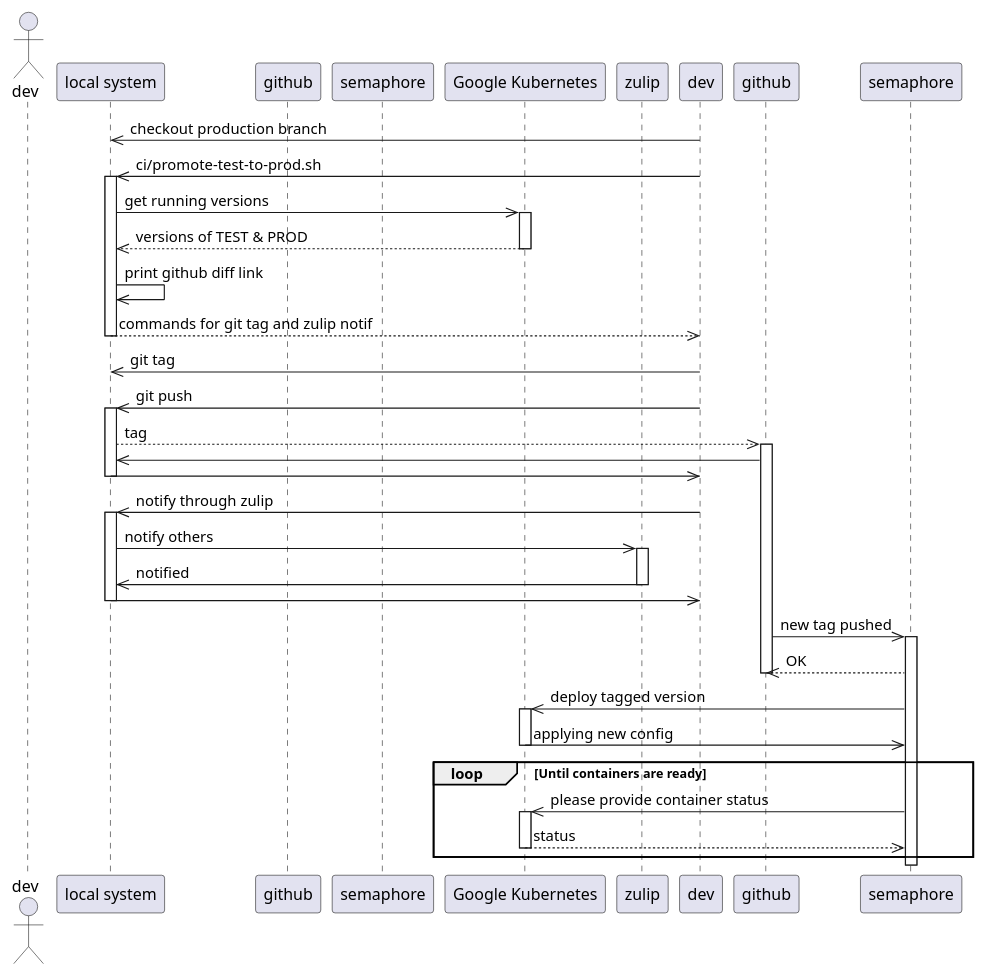
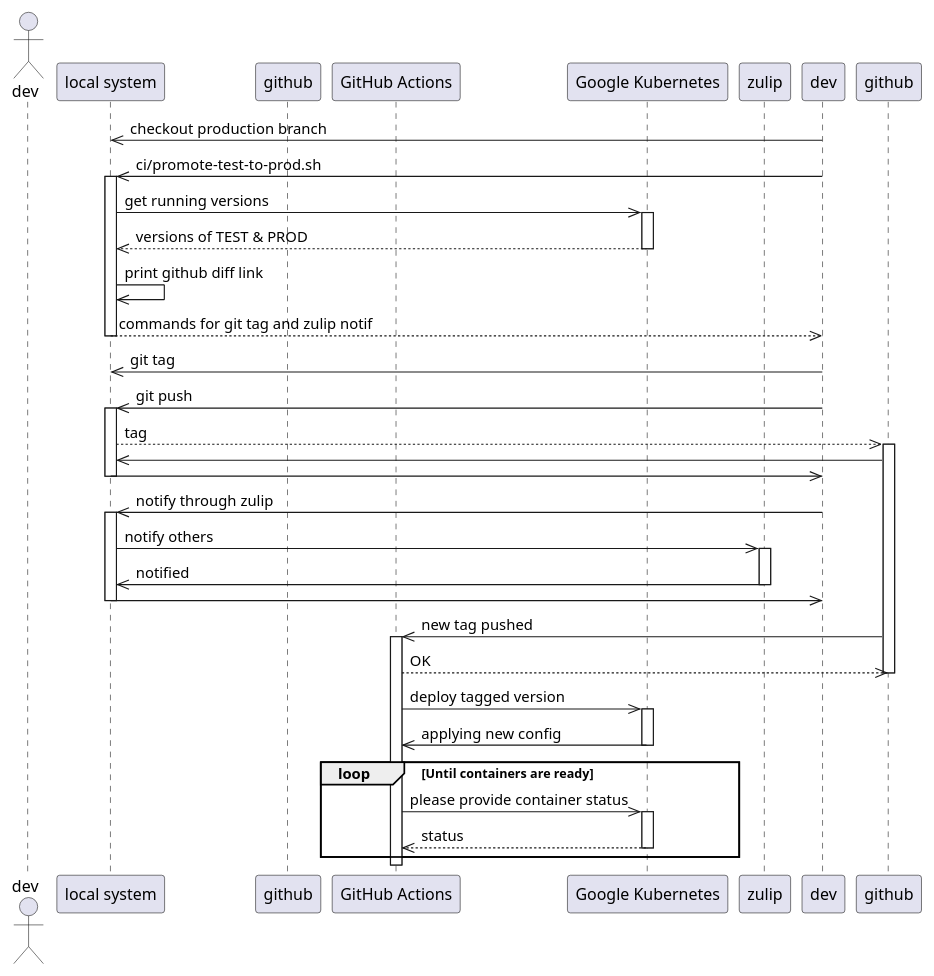
The diagram in doc/diagrams/deploying_sequence.puml (akvo/akvo-rsr), drawn with PlantUML before and after one commit. The commit also changed 9 other files, not shown here.

First line of the commit message:
Remove Semaphore now that GitHub Actions is verified

```diff
--- a/doc/diagrams/deploying_sequence.puml
+++ b/doc/diagrams/deploying_sequence.puml
@@ -1,56 +1,56 @@
 @startuml
     actor dev as developer
     participant local as "local system"
     participant github as Github
-    participant semaphore as semaphoreCI
+    participant gha as "GitHub Actions"
     participant kube as "Google Kubernetes"
     participant zulip
 
     dev ->> local:  checkout production branch
 
     dev ->> local: ci/promote-test-to-prod.sh
     activate local
         local ->> kube: get running versions
         activate kube
             kube -->> local: versions of TEST & PROD
         deactivate kube
         local ->> local: print github diff link
         local -->> dev: commands for git tag and zulip notif
     deactivate local
 
     dev ->> local: git tag
 
     dev ->> local: git push
     activate local
         local -->> github: tag
         activate github
         github ->> local:
         local ->> dev:
     deactivate local
 
     dev ->> local: notify through zulip
     activate local
         local ->> zulip: notify others
         activate zulip
             zulip ->> local: notified
         deactivate zulip
         local ->> dev:
     deactivate local
 
 
-    github ->> semaphore: new tag pushed
-    activate semaphore
-        semaphore -->> github: OK
+    github ->> gha: new tag pushed
+    activate gha
+        gha -->> github: OK
         deactivate github
-        semaphore ->> kube: deploy tagged version
+        gha ->> kube: deploy tagged version
         activate kube
-            kube ->> semaphore: applying new config
+            kube ->> gha: applying new config
         deactivate kube
         loop Until containers are ready
-            semaphore ->> kube: please provide container status
+            gha ->> kube: please provide container status
             activate kube
-                kube -->> semaphore: status
+                kube -->> gha: status
             deactivate kube
         end
-    deactivate semaphore
+    deactivate gha
 @enduml
```
